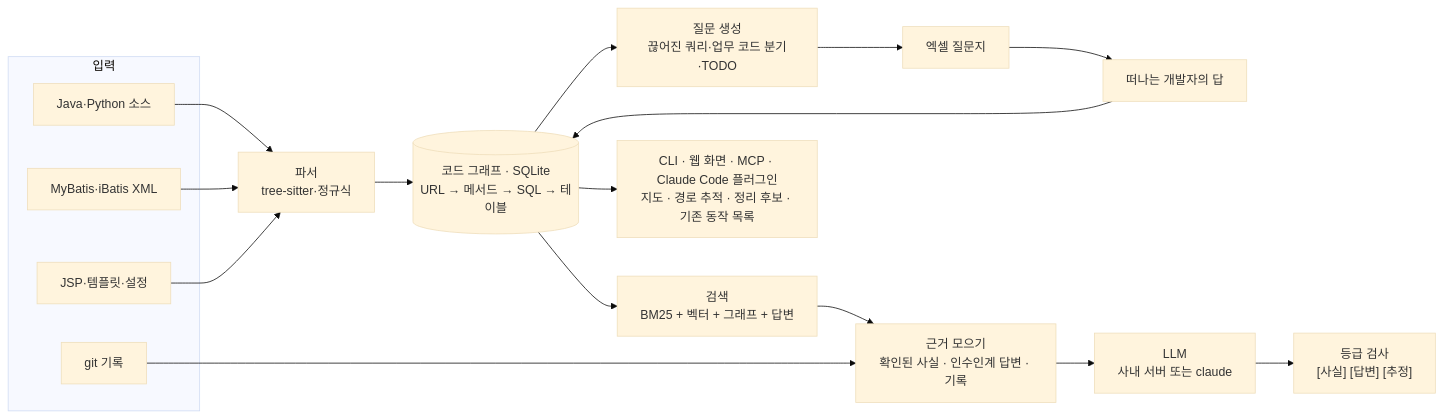
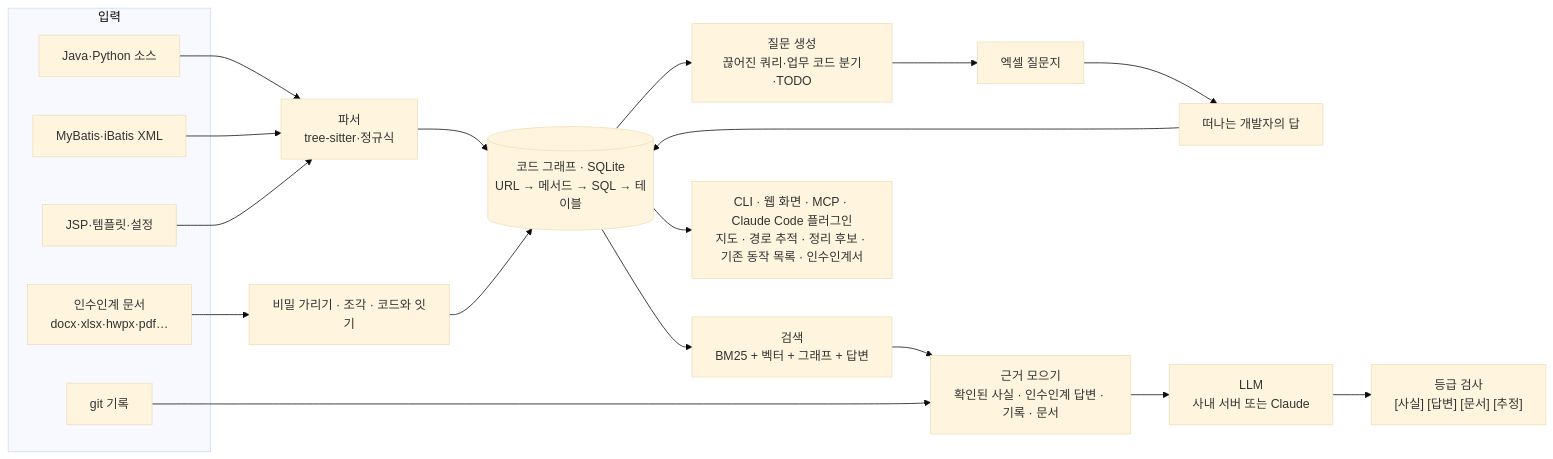
The diagram in README.md (seungwook-kim/sasu-handover-agent), drawn with Mermaid (base theme) before and after one commit. The commit also changed other lines of this file and 67 other files, not shown here.

````diff
--- a/README.md
+++ b/README.md
@@ -210,19 +235,21 @@
 ```mermaid
 flowchart LR
     subgraph 입력
         SRC["Java·Python 소스"]
         SQLX["MyBatis·iBatis XML"]
         VIEW["JSP·템플릿·설정"]
         GIT["git 기록"]
+        DOCS["인수인계 문서<br/>docx·xlsx·hwpx·pdf…"]
     end
     SRC & SQLX & VIEW --> PARSE["파서<br/>tree-sitter·정규식"]
     PARSE --> GRAPH[("코드 그래프 · SQLite<br/>URL → 메서드 → SQL → 테이블")]
+    DOCS --> DIN["비밀 가리기 · 조각 · 코드와 잇기"] --> GRAPH
     GRAPH --> QGEN["질문 생성<br/>끊어진 쿼리·업무 코드 분기·TODO"]
     QGEN --> SHEET["엑셀 질문지"] --> ANS["떠나는 개발자의 답"]
     ANS --> GRAPH
     GRAPH --> SEARCH["검색<br/>BM25 + 벡터 + 그래프 + 답변"]
-    SEARCH --> EVID["근거 모으기<br/>확인된 사실 · 인수인계 답변 · 기록"]
+    SEARCH --> EVID["근거 모으기<br/>확인된 사실 · 인수인계 답변 · 기록 · 문서"]
     GIT --> EVID
-    EVID --> LLM["LLM<br/>사내 서버 또는 claude"] --> CHECK["등급 검사<br/>[사실] [답변] [추정]"]
-    GRAPH --> OUT["CLI · 웹 화면 · MCP · Claude Code 플러그인<br/>지도 · 경로 추적 · 정리 후보 · 기존 동작 목록"]
+    EVID --> LLM["LLM<br/>사내 서버 또는 Claude"] --> CHECK["등급 검사<br/>[사실] [답변] [문서] [추정]"]
+    GRAPH --> OUT["CLI · 웹 화면 · MCP · Claude Code 플러그인<br/>지도 · 경로 추적 · 정리 후보 · 기존 동작 목록 · 인수인계서"]
 ```
````
